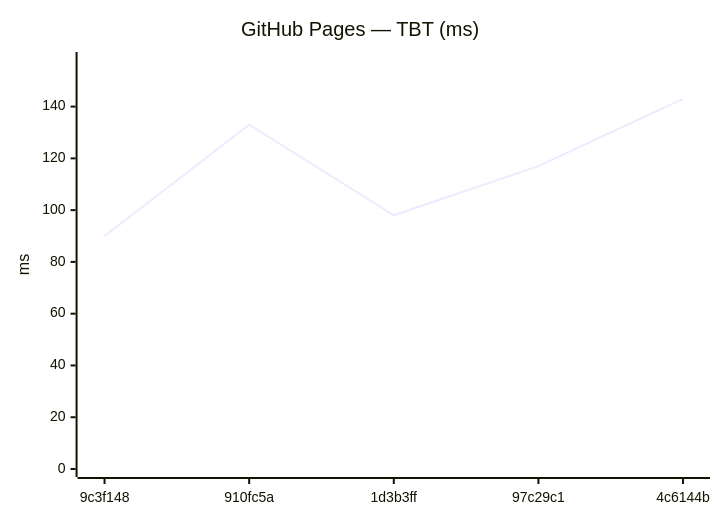
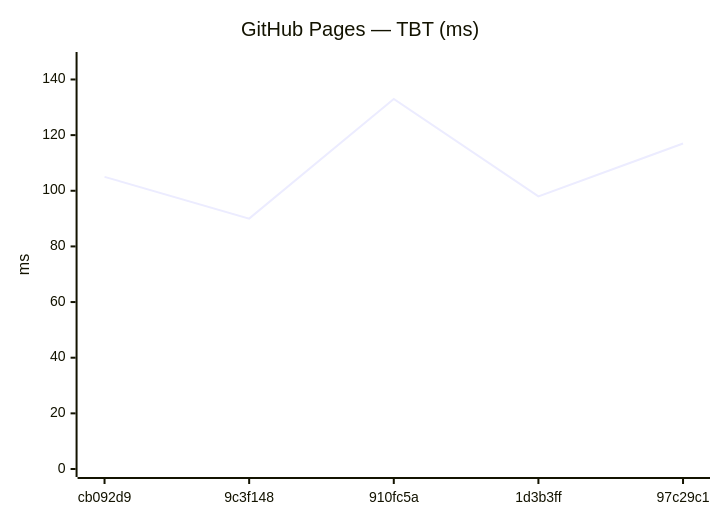
One commit to Metaheurist/Rianell changed the tenth of 18 diagrams in benchmarks/compare.md. Above: the diagram before and after it, drawn with Mermaid. The commit also changed other lines of this file and 11 other files, not shown here.

````diff
--- a/benchmarks/compare.md
+++ b/benchmarks/compare.md
@@ -149,7 +149,7 @@
 ```mermaid
 xychart-beta
     title "GitHub Pages — TBT (ms)"
-    x-axis ["9c3f148", "910fc5a", "1d3b3ff", "97c29c1", "4c6144b"]
-    y-axis "ms" 0 --> 158
-    line [90, 133, 98, 117, 143]
+    x-axis ["cb092d9", "9c3f148", "910fc5a", "1d3b3ff", "97c29c1"]
+    y-axis "ms" 0 --> 147
+    line [105, 90, 133, 98, 117]
 ```
````
